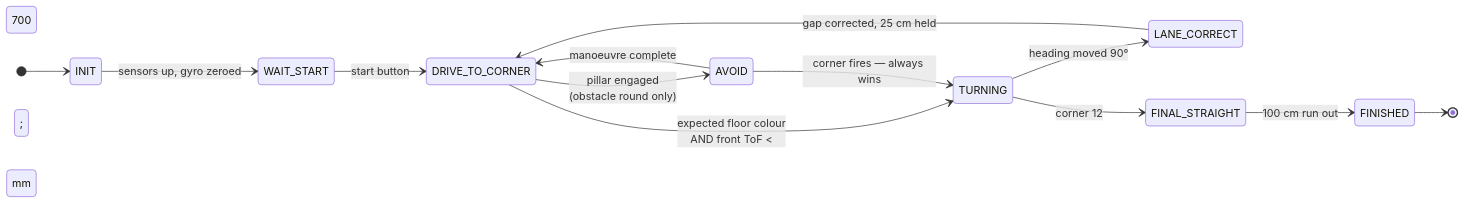
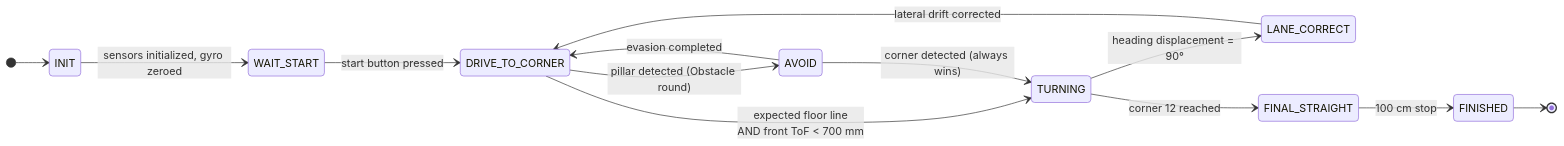
Before and after one commit to ShammanRahin/WRO_TeamBluePrint: the second of 3 diagrams in README.md, drawn with Mermaid. The commit also changed other lines of this file and 23 other files, not shown here.

Commit message:
Refactor documentation architecture, integrate CAD ground truth & authentic hardware showcase

````diff
--- a/README.md
+++ b/README.md
@@ -397,16 +215,16 @@
 ```mermaid
 stateDiagram-v2
     direction LR
     [*] --> INIT
-    INIT --> WAIT_START : sensors up, gyro zeroed
-    WAIT_START --> DRIVE_TO_CORNER : start button
-    DRIVE_TO_CORNER --> TURNING : expected floor colour<br/>AND front ToF &lt; 700 mm
-    DRIVE_TO_CORNER --> AVOID : pillar engaged<br/>(obstacle round only)
-    AVOID --> DRIVE_TO_CORNER : manoeuvre complete
-    AVOID --> TURNING : corner fires — always wins
-    TURNING --> LANE_CORRECT : heading moved 90°
-    LANE_CORRECT --> DRIVE_TO_CORNER : gap corrected, 25 cm held
-    TURNING --> FINAL_STRAIGHT : corner 12
-    FINAL_STRAIGHT --> FINISHED : 100 cm run out
+    INIT --> WAIT_START : sensors initialized, gyro zeroed
+    WAIT_START --> DRIVE_TO_CORNER : start button pressed
+    DRIVE_TO_CORNER --> TURNING : expected floor line<br/>AND front ToF < 700 mm
+    DRIVE_TO_CORNER --> AVOID : pillar detected (Obstacle round)
+    AVOID --> DRIVE_TO_CORNER : evasion completed
+    AVOID --> TURNING : corner detected (always wins)
+    TURNING --> LANE_CORRECT : heading displacement = 90°
+    LANE_CORRECT --> DRIVE_TO_CORNER : lateral drift corrected
+    TURNING --> FINAL_STRAIGHT : corner 12 reached
+    FINAL_STRAIGHT --> FINISHED : 100 cm stop
     FINISHED --> [*]
 ```
````
